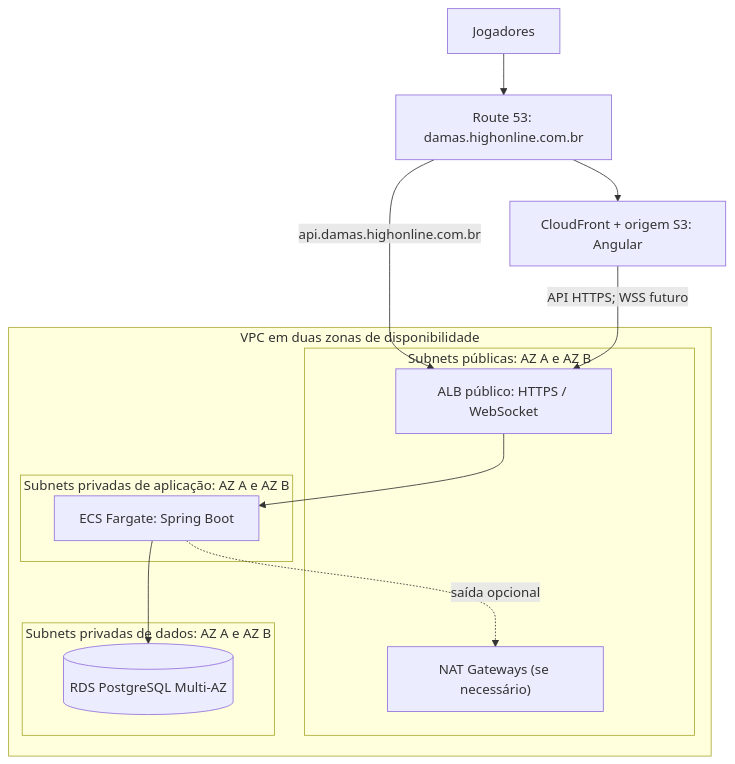
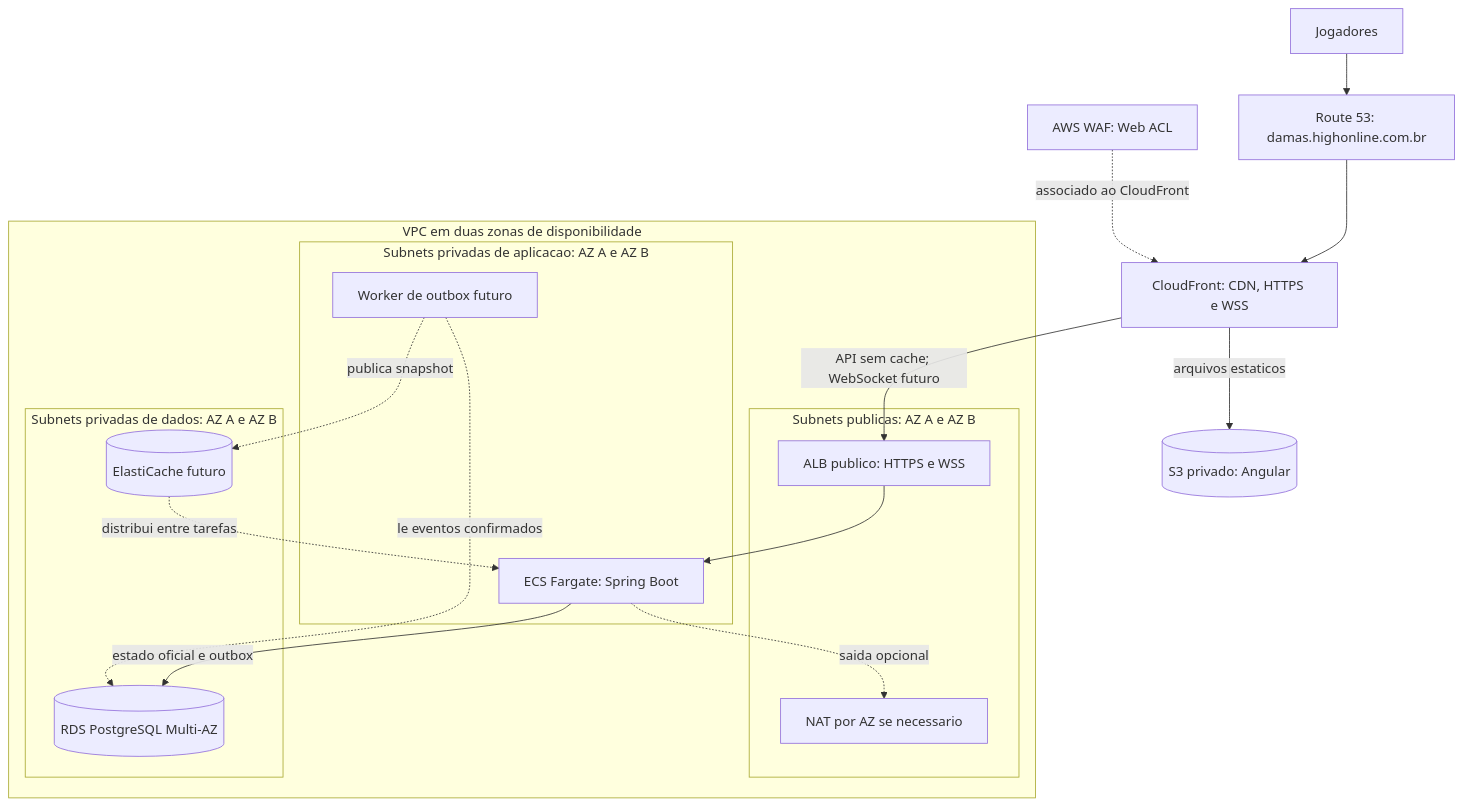
One commit to ralvesper/checkers-aws changed the diagram in docs/diagrams/aws-deployment.md. Above: the diagram before and after it, drawn with Mermaid. The commit also changed other lines of this file, not shown here.

Commit message:
docs: alinhar implantação regional ao fluxo WebSocket confirmado

````diff
--- a/docs/diagrams/aws-deployment.md
+++ b/docs/diagrams/aws-deployment.md
@@ -5,25 +5,33 @@
 ```mermaid
 flowchart TB
     U["Jogadores"]
     DNS["Route 53: damas.highonline.com.br"]
-    CF["CloudFront + origem S3: Angular"]
+    CF["CloudFront: CDN, HTTPS e WSS"]
+    WAF["AWS WAF: Web ACL"]
+    S3[("S3 privado: Angular")]
     U --> DNS --> CF
+    WAF -. "associado ao CloudFront" .-> CF
+    CF -->|"arquivos estaticos"| S3
+    CF -->|"API sem cache; WebSocket futuro"| ALB
 
     subgraph VPC["VPC em duas zonas de disponibilidade"]
-        subgraph PUB["Subnets públicas: AZ A e AZ B"]
-            ALB["ALB público: HTTPS / WebSocket"]
-            NAT["NAT Gateways (se necessário)"]
+        subgraph PUB["Subnets publicas: AZ A e AZ B"]
+            ALB["ALB publico: HTTPS e WSS"]
+            NAT["NAT por AZ se necessario"]
         end
-        subgraph APP["Subnets privadas de aplicação: AZ A e AZ B"]
+        subgraph APP["Subnets privadas de aplicacao: AZ A e AZ B"]
             ECS["ECS Fargate: Spring Boot"]
+            WORKER["Worker de outbox futuro"]
         end
         subgraph DATA["Subnets privadas de dados: AZ A e AZ B"]
             RDS[("RDS PostgreSQL Multi-AZ")]
+            CACHE[("ElastiCache futuro")]
         end
-        ALB --> ECS --> RDS
-        ECS -. "saída opcional" .-> NAT
+        ALB --> ECS
+        ECS -->|"estado oficial e outbox"| RDS
+        WORKER -. "le eventos confirmados" .-> RDS
+        WORKER -. "publica snapshot" .-> CACHE
+        CACHE -. "distribui entre tarefas" .-> ECS
+        ECS -. "saida opcional" .-> NAT
     end
-
-    DNS -->|"api.damas.highonline.com.br"| ALB
-    CF -->|"API HTTPS; WSS futuro"| ALB
 ```
````
